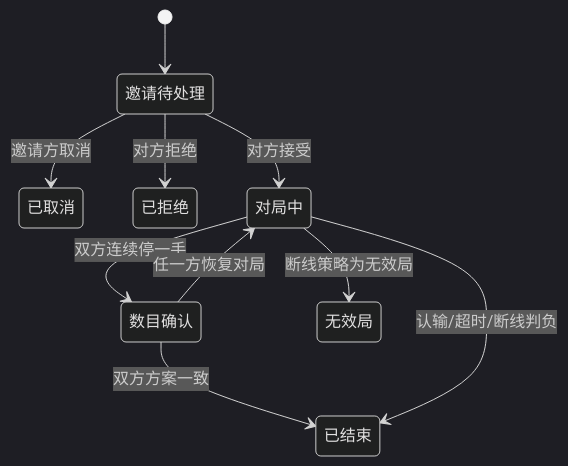
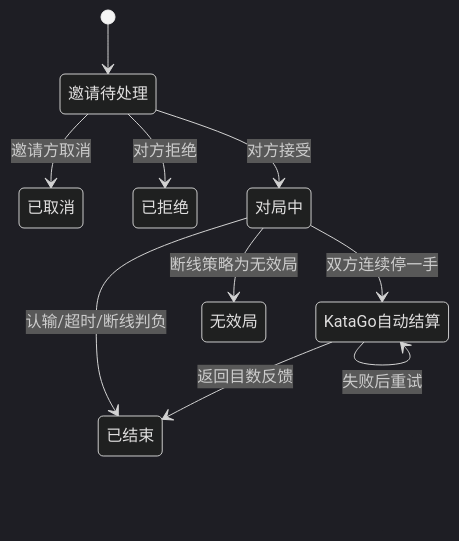
One commit to polynomial1027/polynomial-home changed the diagram in docs/FEATURES-V0.2.0.md. Above: the diagram before and after it, drawn with Mermaid (dark theme). The commit also changed other lines of this file and 18 other files, not shown here.

````diff
--- a/docs/FEATURES-V0.2.0.md
+++ b/docs/FEATURES-V0.2.0.md
@@ -21,12 +21,12 @@
 ```mermaid
 stateDiagram-v2
   [*] --> 邀请待处理
   邀请待处理 --> 已取消: 邀请方取消
   邀请待处理 --> 已拒绝: 对方拒绝
   邀请待处理 --> 对局中: 对方接受
-  对局中 --> 数目确认: 双方连续停一手
-  数目确认 --> 对局中: 任一方恢复对局
-  数目确认 --> 已结束: 双方方案一致
+  对局中 --> KataGo自动结算: 双方连续停一手
+  KataGo自动结算 --> 已结束: 返回目数反馈
+  KataGo自动结算 --> KataGo自动结算: 失败后重试
   对局中 --> 已结束: 认输/超时/断线判负
   对局中 --> 无效局: 断线策略为无效局
 ```
````
